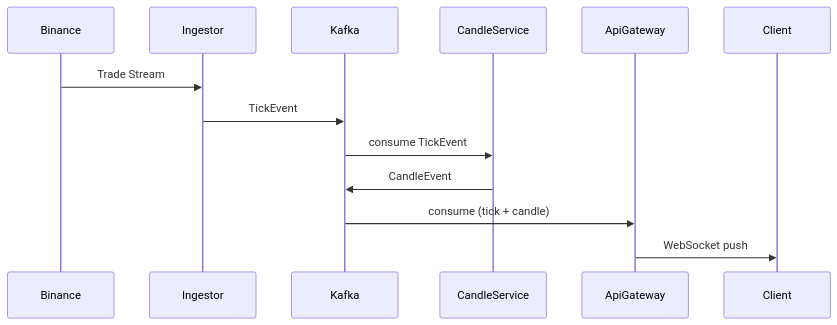
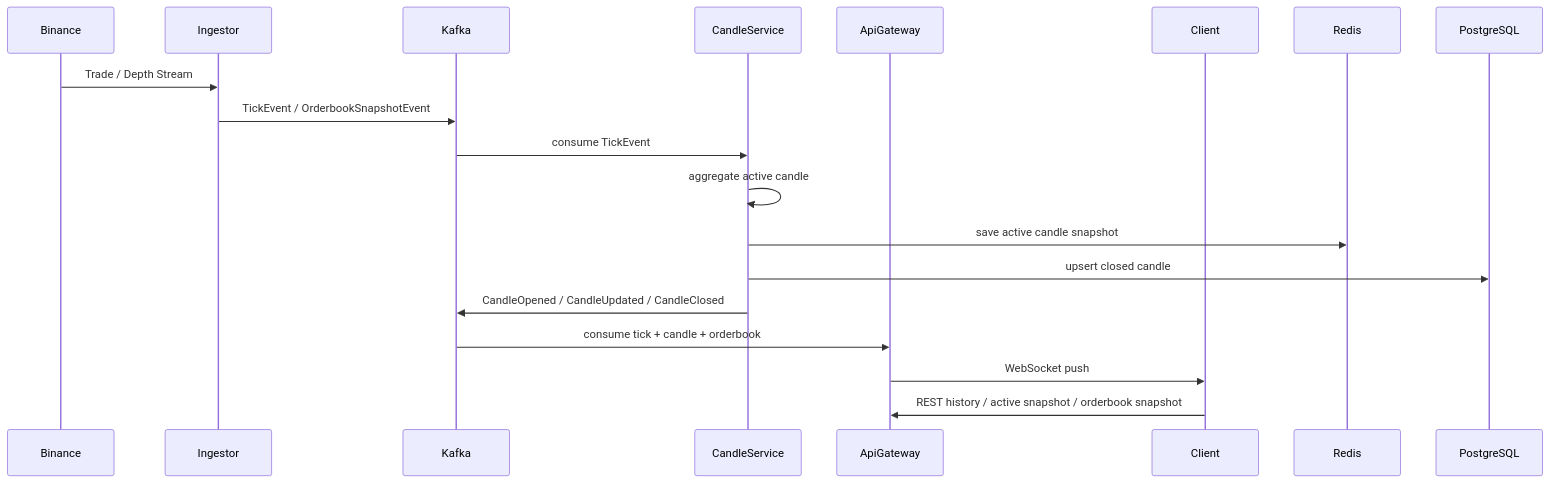
Before and after one commit to jhpark0418/mini-crypto-wts: the second of 2 diagrams in README.md, drawn with Mermaid. The commit also changed other lines of this file, not shown here.

````diff
--- a/README.md
+++ b/README.md
@@ -63,19 +67,23 @@
 ```mermaid
 sequenceDiagram
 
 participant Binance
 participant Ingestor
 participant Kafka
 participant CandleService
 participant ApiGateway
 participant Client
 
-Binance->>Ingestor: Trade Stream
-Ingestor->>Kafka: TickEvent
+Binance->>Ingestor: Trade / Depth Stream
+Ingestor->>Kafka: TickEvent / OrderbookSnapshotEvent
 
 Kafka->>CandleService: consume TickEvent
-CandleService->>Kafka: CandleEvent
+CandleService->>CandleService: aggregate active candle
+CandleService->>Redis: save active candle snapshot
+CandleService->>PostgreSQL: upsert closed candle
+CandleService->>Kafka: CandleOpened / CandleUpdated / CandleClosed
 
-Kafka->>ApiGateway: consume (tick + candle)
+Kafka->>ApiGateway: consume tick + candle + orderbook
 ApiGateway->>Client: WebSocket push
+Client->>ApiGateway: REST history / active snapshot / orderbook snapshot
 ```
````
